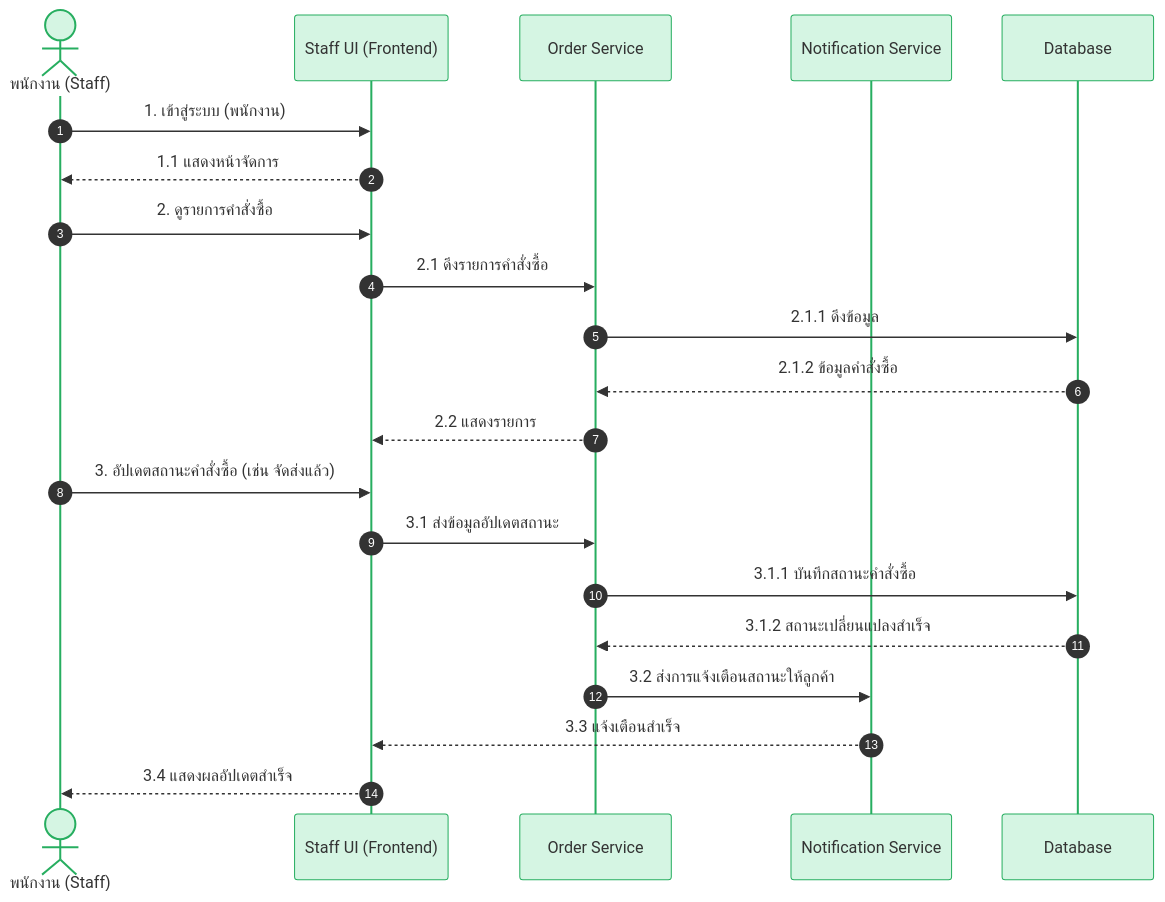
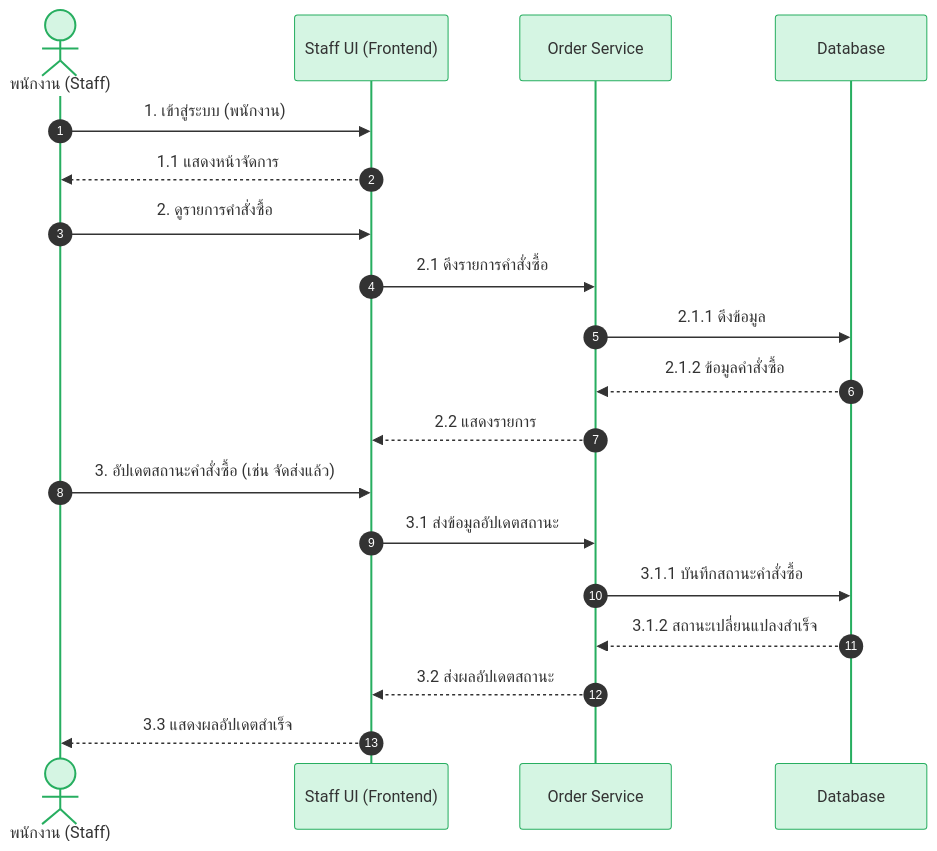
The sixth of 8 diagrams in README.md (ArGusmumumimi/PC-Center-), drawn with Mermaid before and after one commit. The commit also changed other lines of this file, not shown here.

````diff
--- a/README.md
+++ b/README.md
@@ -508,27 +509,25 @@
 ```mermaid
 %%{init: {'theme': 'base', 'themeVariables': {'actorBkg': '#d5f5e3', 'actorTextColor': '#333', 'actorBorder': '#27ae60', 'signalColor': '#333', 'signalTextColor': '#333', 'labelBoxBkgColor': '#d5f5e3', 'labelBoxBorderColor': '#27ae60', 'labelTextColor': '#333', 'activationBkgColor': '#eafaf1', 'activationBorderColor': '#27ae60', 'sequenceNumberColor': '#fff', 'background': '#ffffff'}}}%%
 sequenceDiagram
     autonumber
     actor S as พนักงาน (Staff)
     participant SUI as Staff UI (Frontend)
     participant ORD as Order Service
-    participant NOTI as Notification Service
     participant DB as Database
 
     S->>SUI: 1. เข้าสู่ระบบ (พนักงาน)
     SUI-->>S: 1.1 แสดงหน้าจัดการ
 
     S->>SUI: 2. ดูรายการคำสั่งซื้อ
     SUI->>ORD: 2.1 ดึงรายการคำสั่งซื้อ
     ORD->>DB: 2.1.1 ดึงข้อมูล
     DB-->>ORD: 2.1.2 ข้อมูลคำสั่งซื้อ
     ORD-->>SUI: 2.2 แสดงรายการ
 
     S->>SUI: 3. อัปเดตสถานะคำสั่งซื้อ (เช่น จัดส่งแล้ว)
     SUI->>ORD: 3.1 ส่งข้อมูลอัปเดตสถานะ
     ORD->>DB: 3.1.1 บันทึกสถานะคำสั่งซื้อ
     DB-->>ORD: 3.1.2 สถานะเปลี่ยนแปลงสำเร็จ
-    ORD->>NOTI: 3.2 ส่งการแจ้งเตือนสถานะให้ลูกค้า
-    NOTI-->>SUI: 3.3 แจ้งเตือนสำเร็จ
-    SUI-->>S: 3.4 แสดงผลอัปเดตสำเร็จ
+    ORD-->>SUI: 3.2 ส่งผลอัปเดตสถานะ
+    SUI-->>S: 3.3 แสดงผลอัปเดตสำเร็จ
 ```
````
